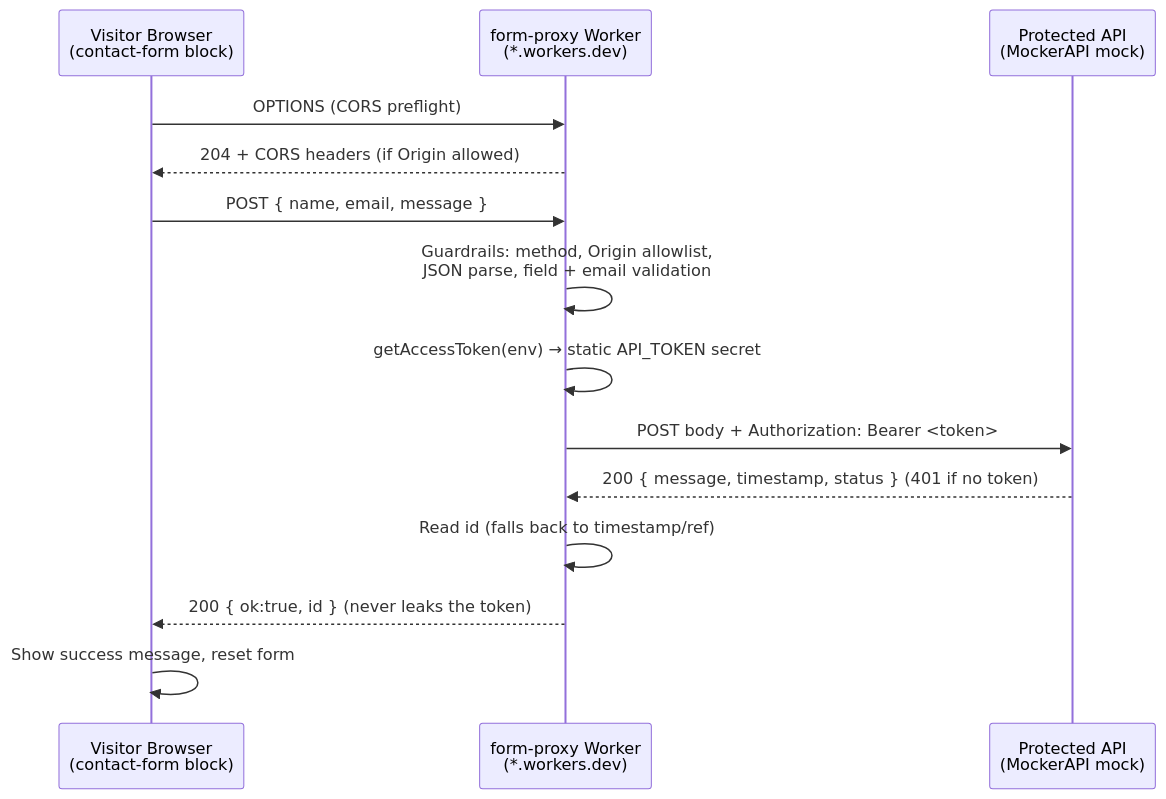
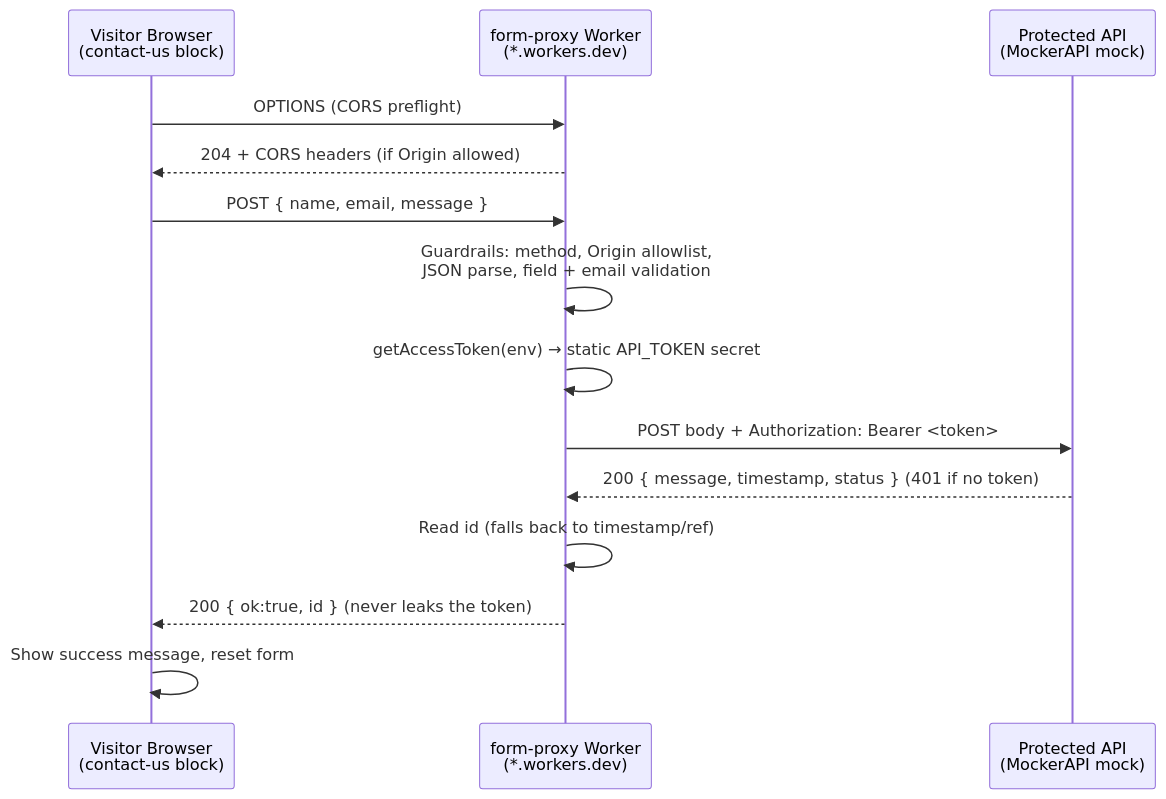
Before and after one commit to asahu534/eds-universalEditor: the diagram in docs/FORM-PROXY.md, drawn with Mermaid. The commit also changed other lines of this file and 16 other files, not shown here.

````diff
--- a/docs/FORM-PROXY.md
+++ b/docs/FORM-PROXY.md
@@ -31,17 +31,17 @@
 ```mermaid
 sequenceDiagram
-    participant V as Visitor Browser<br/>(contact-form block)
+    participant V as Visitor Browser<br/>(contact-us block)
     participant W as form-proxy Worker<br/>(*.workers.dev)
     participant API as Protected API<br/>(MockerAPI mock)
 
     V->>W: OPTIONS (CORS preflight)
     W-->>V: 204 + CORS headers (if Origin allowed)
     V->>W: POST { name, email, message }
     W->>W: Guardrails: method, Origin allowlist,<br/>JSON parse, field + email validation
     W->>W: getAccessToken(env) → static API_TOKEN secret
     W->>API: POST body + Authorization: Bearer <token>
     API-->>W: 200 { message, timestamp, status }  (401 if no token)
     W->>W: Read id (falls back to timestamp/ref)
     W-->>V: 200 { ok:true, id }  (never leaks the token)
     V->>V: Show success message, reset form
 ```
````
